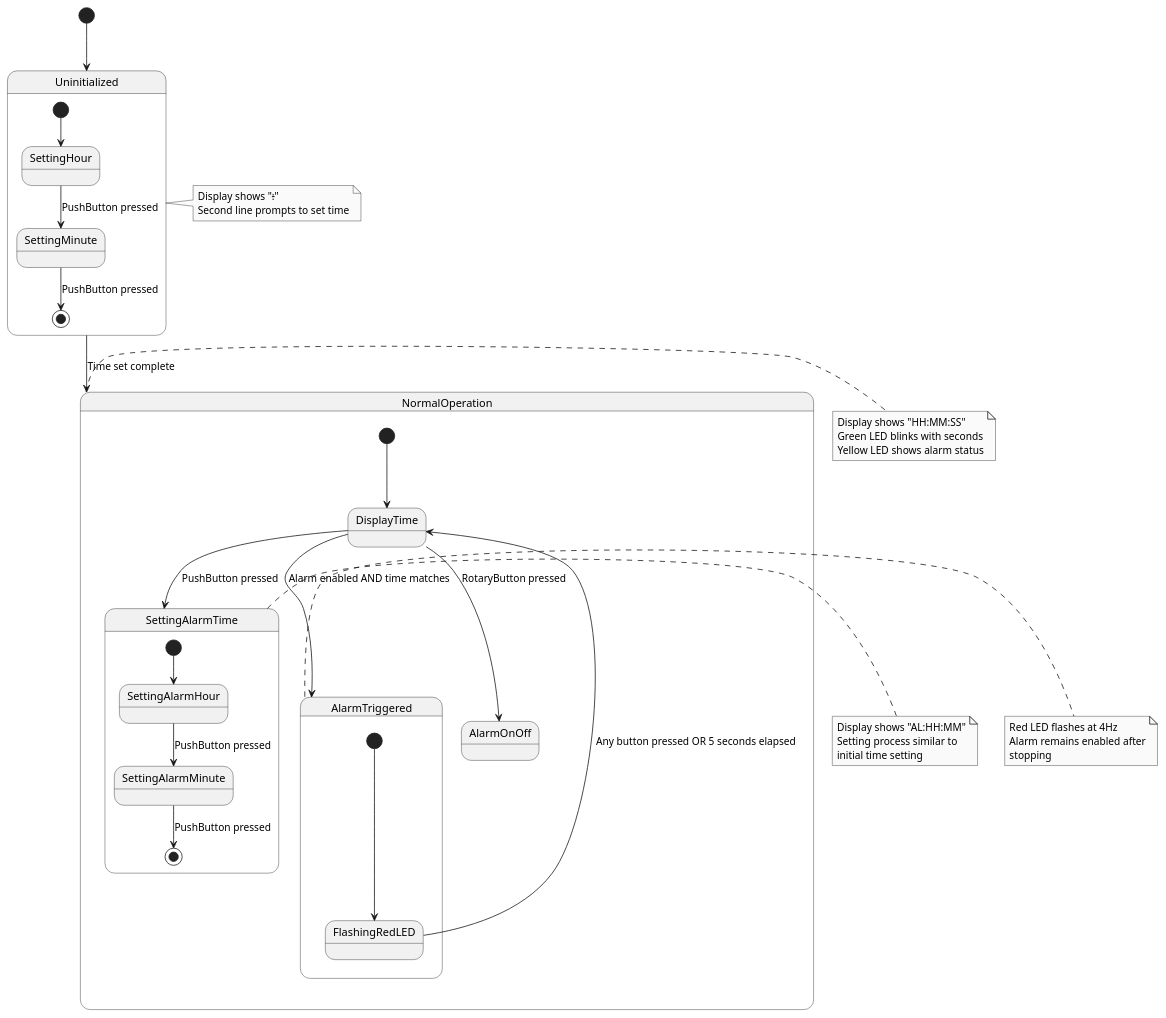
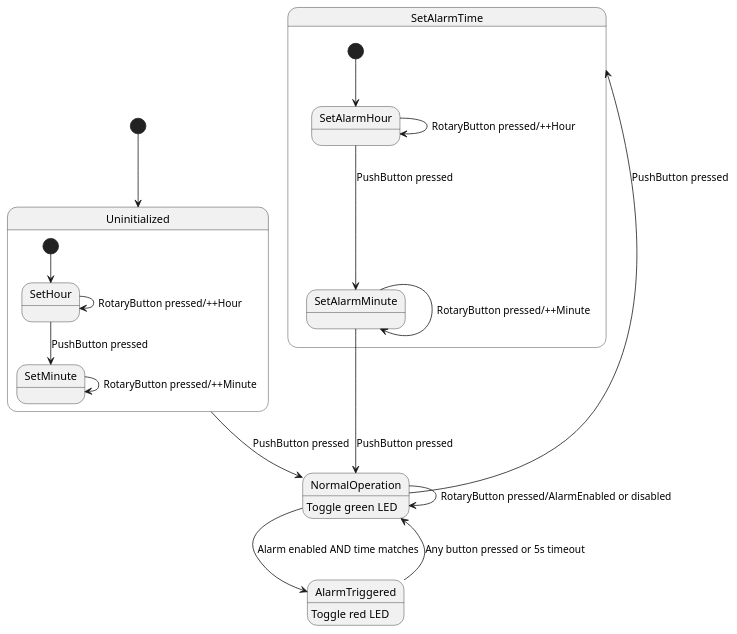
The diagram in task_6/fsm.puml (Yannic1896/Embedded-System), drawn with PlantUML before and after one commit. The commit also changed 6 other files, not shown here.

```diff
--- a/task_6/fsm.puml
+++ b/task_6/fsm.puml
@@ -1,60 +1,35 @@
 @startuml AlarmClockStateChart
 skinparam monochrome true
 skinparam state {
     FontName Helvetica
     FontSize 14
 }
 
 [*] --> Uninitialized
 
 state Uninitialized {
-    [*] --> SettingHour
-    SettingHour --> SettingMinute : PushButton pressed
-    SettingMinute --> [*] : PushButton pressed
+    SetHour --> SetMinute : PushButton pressed
+    SetHour --> SetHour : RotaryButton pressed/++Hour
+    SetMinute --> SetMinute: RotaryButton pressed/++Minute
+    [*] --> SetHour
 }
+    Uninitialized --> NormalOperation : PushButton pressed
 
-Uninitialized --> NormalOperation : Time set complete
-
-state NormalOperation {
-    [*] --> DisplayTime
-    DisplayTime --> AlarmOnOff : RotaryButton pressed
-    DisplayTime --> SettingAlarmTime : PushButton pressed
+    NormalOperation --> NormalOperation : RotaryButton pressed/AlarmEnabled or disabled
+    NormalOperation --> SetAlarmTime : PushButton pressed
+    NormalOperation: Toggle green LED
     
-    state SettingAlarmTime {
-        [*] --> SettingAlarmHour
-        SettingAlarmHour --> SettingAlarmMinute : PushButton pressed
-        SettingAlarmMinute --> [*] : PushButton pressed
+    state SetAlarmTime {
+        [*] --> SetAlarmHour
+        SetAlarmHour --> SetAlarmMinute : PushButton pressed
+        SetAlarmHour --> SetAlarmHour : RotaryButton pressed/++Hour
+        SetAlarmMinute --> NormalOperation : PushButton pressed
+        SetAlarmMinute --> SetAlarmMinute : RotaryButton pressed/++Minute
     }
     
-    DisplayTime --> AlarmTriggered : Alarm enabled AND time matches
-}
+    NormalOperation --> AlarmTriggered : Alarm enabled AND time matches
+    AlarmTriggered : Toggle red LED
+    AlarmTriggered --> NormalOperation : Any button pressed or 5s timeout
 
-state AlarmTriggered {
-    [*] --> FlashingRedLED
-    FlashingRedLED --> DisplayTime : Any button pressed OR 5 seconds elapsed
-}
-
-note right of Uninitialized
-    Display shows "--:--"
-    Second line prompts to set time
-end note
-
-note right of NormalOperation
-    Display shows "HH:MM:SS"
-    Green LED blinks with seconds
-    Yellow LED shows alarm status
-end note
-
-note right of SettingAlarmTime
-    Display shows "AL:HH:MM"
-    Setting process similar to
-    initial time setting
-end note
-
-note right of AlarmTriggered
-    Red LED flashes at 4Hz
-    Alarm remains enabled after
-    stopping
-end note
 
 @enduml
```
